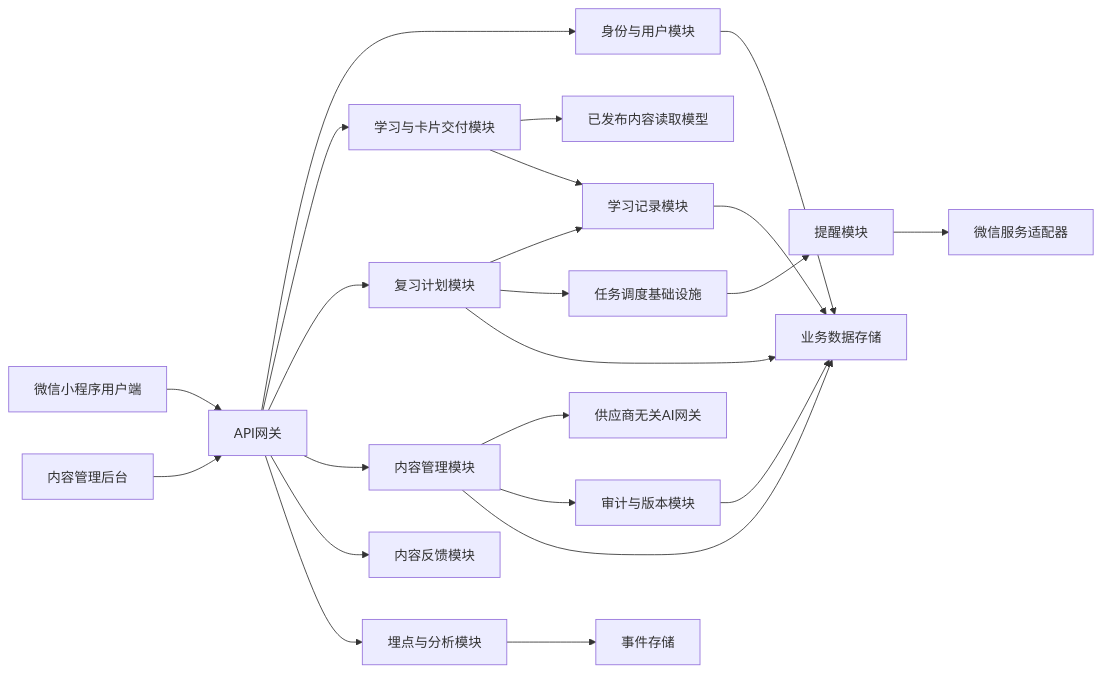
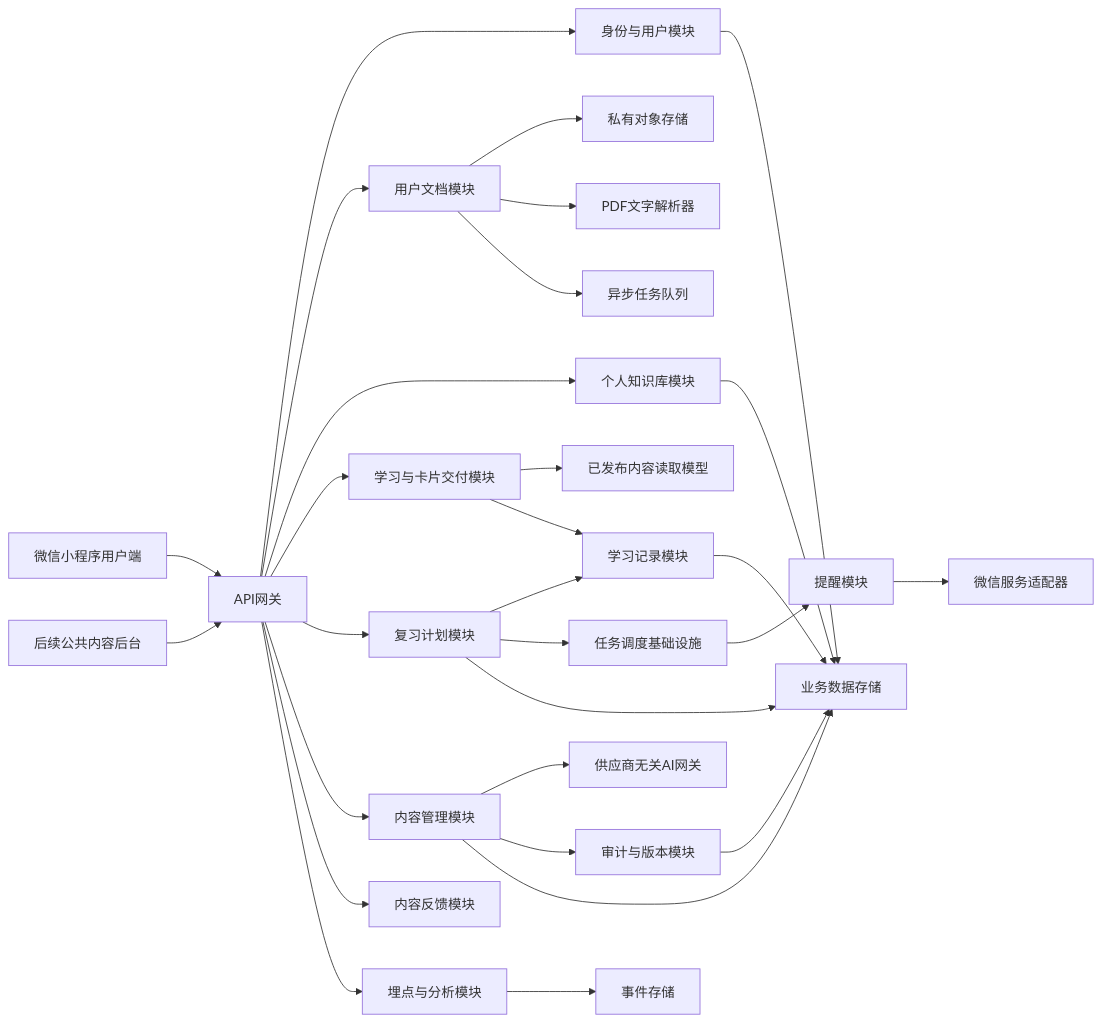
Before and after one commit to Anchor-anke/KnowledgeCard: the first of 6 diagrams in docs/module-design.md, drawn with Mermaid. The commit also changed other lines of this file and 34 other files, not shown here.

````diff
--- a/docs/module-design.md
+++ b/docs/module-design.md
@@ -52,25 +56,31 @@
 ```mermaid
 flowchart LR
   miniProgram["微信小程序用户端"] --> apiGateway["API网关"]
-  adminWeb["内容管理后台"] --> apiGateway
+  adminWeb["后续公共内容后台"] --> apiGateway
   apiGateway --> identityModule["身份与用户模块"]
+  apiGateway --> documentModule["用户文档模块"]
+  apiGateway --> deckModule["个人知识库模块"]
   apiGateway --> learningModule["学习与卡片交付模块"]
   apiGateway --> reviewModule["复习计划模块"]
   apiGateway --> contentModule["内容管理模块"]
   apiGateway --> feedbackModule["内容反馈模块"]
   learningModule --> contentReadModel["已发布内容读取模型"]
   learningModule --> learningRecord["学习记录模块"]
   reviewModule --> learningRecord
   reviewModule --> scheduler["任务调度基础设施"]
   scheduler --> notificationModule["提醒模块"]
   notificationModule --> wechatAdapter["微信服务适配器"]
   contentModule --> aiGateway["供应商无关AI网关"]
+  documentModule --> objectStorage["私有对象存储"]
+  documentModule --> documentParser["PDF文字解析器"]
+  documentModule --> taskQueue["异步任务队列"]
+  deckModule --> dataStore["业务数据存储"]
   contentModule --> auditModule["审计与版本模块"]
   apiGateway --> analyticsModule["埋点与分析模块"]
-  identityModule --> dataStore["业务数据存储"]
+  identityModule --> dataStore
   learningRecord --> dataStore
   reviewModule --> dataStore
   contentModule --> dataStore
   auditModule --> dataStore
   analyticsModule --> eventStore["事件存储"]
 ```
````
